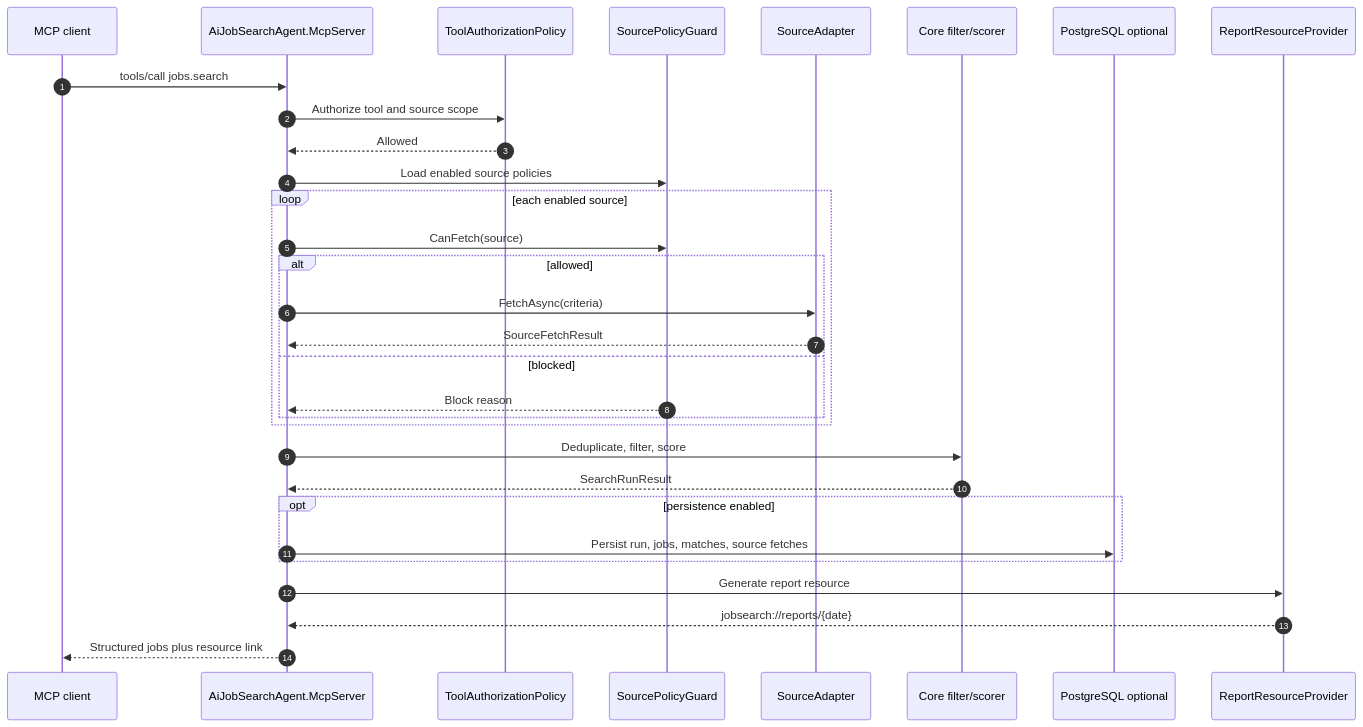
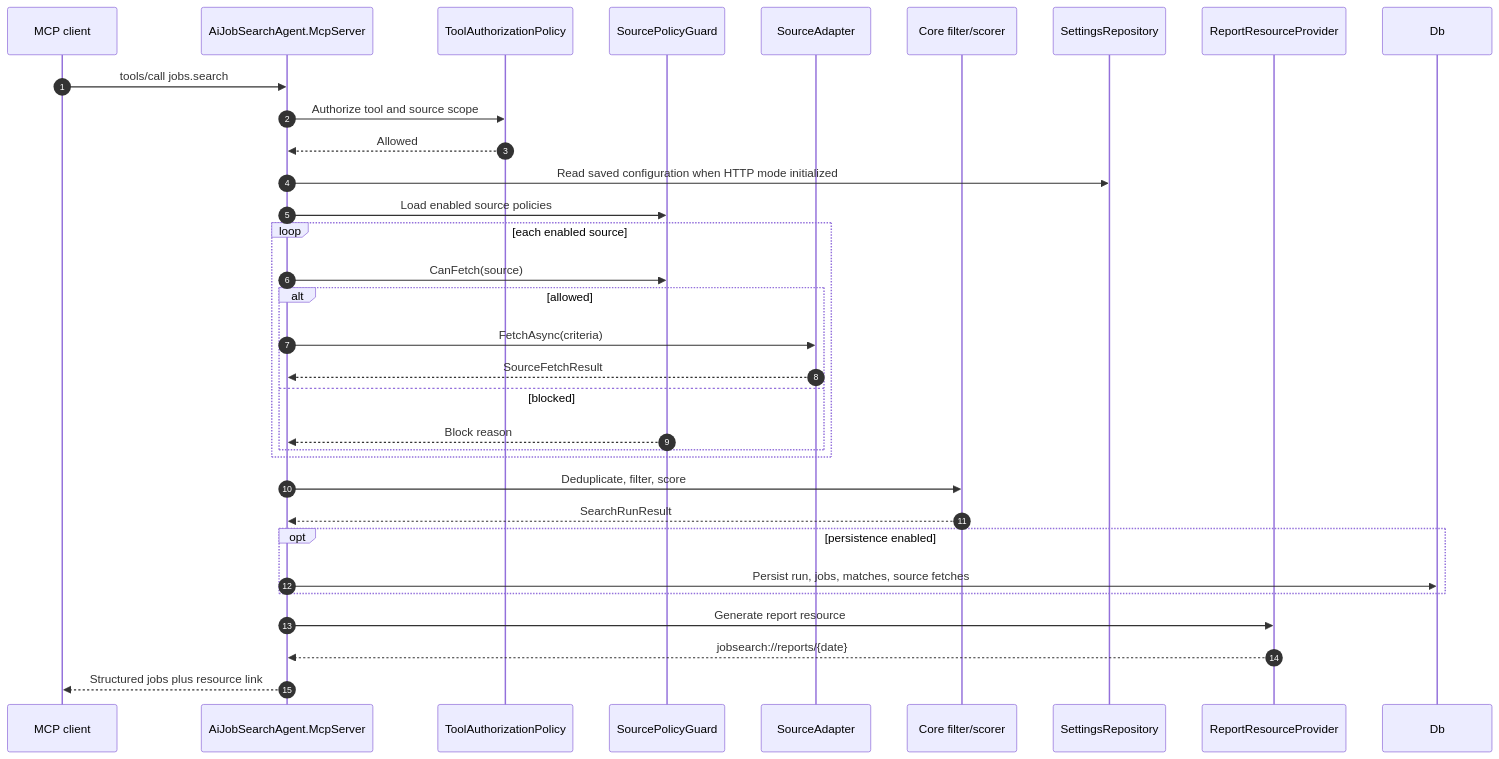
Before and after one commit to ekanatha-urivakili/AiJobSearchAgent: the second of 5 diagrams in docs/mcp-job-sites-integration-plan.md, drawn with Mermaid. The commit also changed other lines of this file and 19 other files, not shown here.

````diff
--- a/docs/mcp-job-sites-integration-plan.md
+++ b/docs/mcp-job-sites-integration-plan.md
@@ -225,34 +171,35 @@
 ```mermaid
 sequenceDiagram
     autonumber
     participant Client as MCP client
     participant Mcp as AiJobSearchAgent.McpServer
     participant Auth as ToolAuthorizationPolicy
     participant Policy as SourcePolicyGuard
     participant Adapter as SourceAdapter
     participant Core as Core filter/scorer
-    participant Db as PostgreSQL optional
+    participant Settings as SettingsRepository
     participant Report as ReportResourceProvider
 
     Client->>Mcp: tools/call jobs.search
     Mcp->>Auth: Authorize tool and source scope
     Auth-->>Mcp: Allowed
+    Mcp->>Settings: Read saved configuration when HTTP mode initialized
     Mcp->>Policy: Load enabled source policies
     loop each enabled source
         Mcp->>Policy: CanFetch(source)
         alt allowed
             Mcp->>Adapter: FetchAsync(criteria)
             Adapter-->>Mcp: SourceFetchResult
         else blocked
             Policy-->>Mcp: Block reason
         end
     end
     Mcp->>Core: Deduplicate, filter, score
     Core-->>Mcp: SearchRunResult
     opt persistence enabled
         Mcp->>Db: Persist run, jobs, matches, source fetches
     end
     Mcp->>Report: Generate report resource
     Report-->>Mcp: jobsearch://reports/{date}
     Mcp-->>Client: Structured jobs plus resource link
 ```
````
